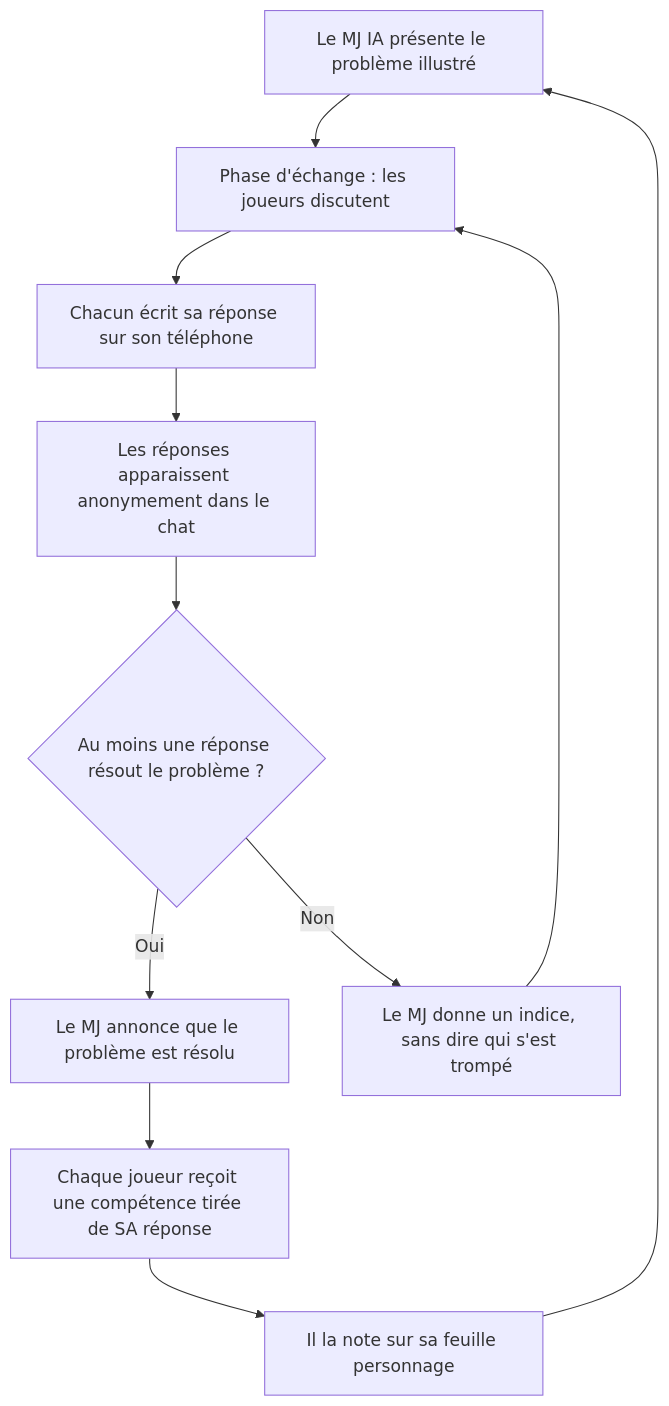
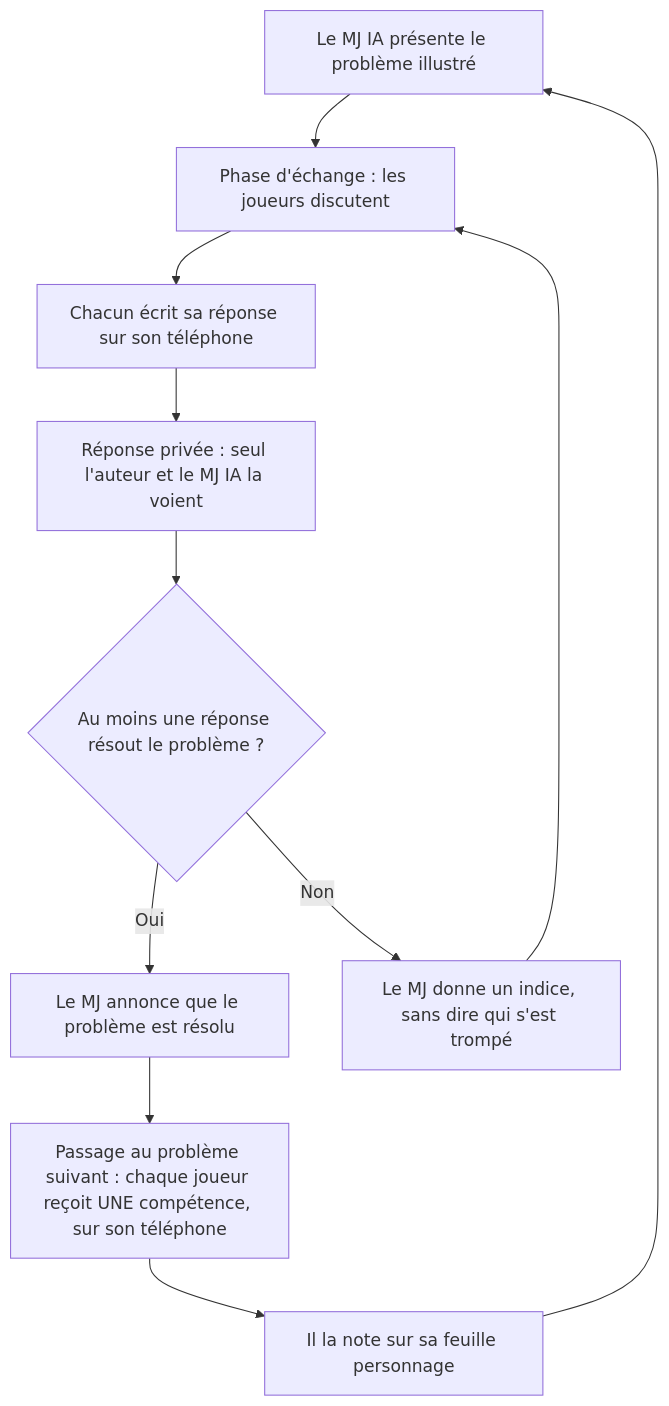
The first of 2 diagrams in content/Hackathon-IA/ideas/pierre/Jeu de rôle des compétences.md (Bisiaux-dev/public-vault), drawn with Mermaid before and after one commit. The commit also changed other lines of this file and 1 other file, not shown here.

````diff
--- a/content/Hackathon-IA/ideas/pierre/Jeu de rôle des compétences.md
+++ b/content/Hackathon-IA/ideas/pierre/Jeu de rôle des compétences.md
@@ -20,13 +20,13 @@
 ```mermaid
 flowchart TD
     P[Le MJ IA présente le problème illustré] --> X[Phase d'échange : les joueurs discutent]
     X --> R[Chacun écrit sa réponse sur son téléphone]
-    R --> C[Les réponses apparaissent anonymement dans le chat]
+    R --> C[Réponse privée : seul l'auteur et le MJ IA la voient]
     C --> V{Au moins une réponse résout le problème ?}
     V -- Oui --> S[Le MJ annonce que le problème est résolu]
     V -- Non --> I[Le MJ donne un indice, sans dire qui s'est trompé]
     I --> X
-    S --> K[Chaque joueur reçoit une compétence tirée de SA réponse]
+    S --> K[Passage au problème suivant : chaque joueur reçoit UNE compétence, sur son téléphone]
     K --> F[Il la note sur sa feuille personnage]
     F --> P
 ```
````
